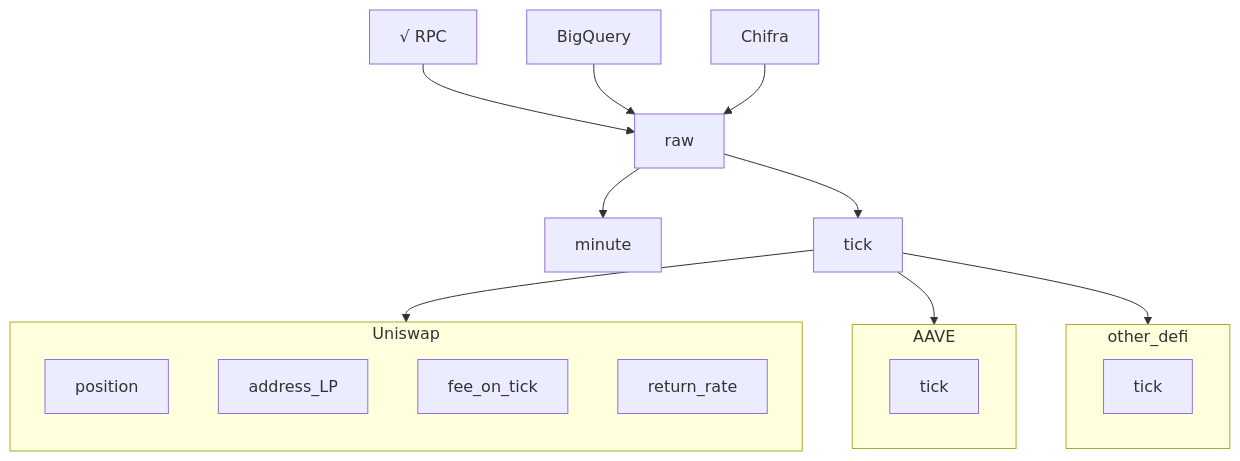
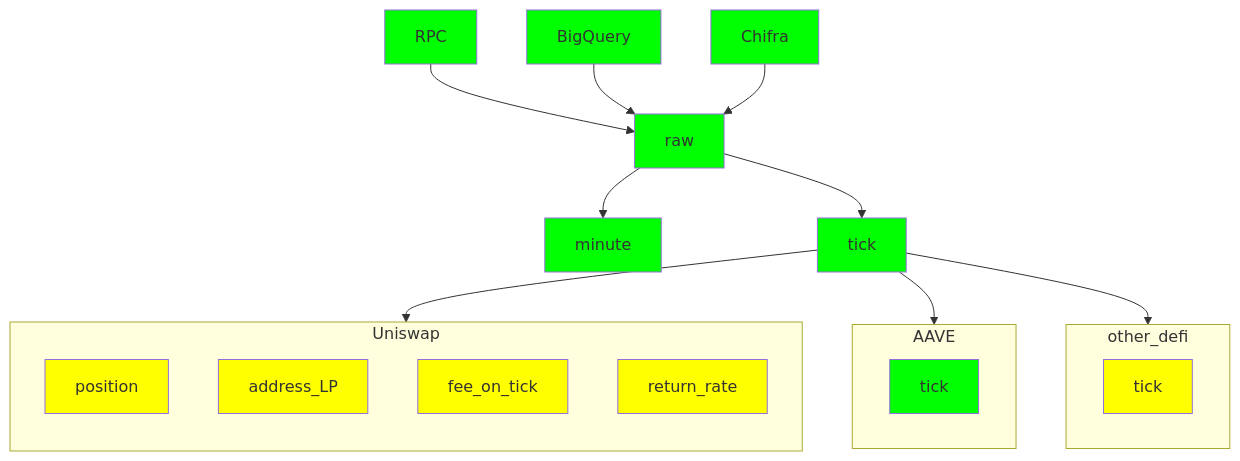
The second of 3 diagrams in README.md (zelos-alpha/demeter-fetch), drawn with Mermaid before and after one commit. The commit also changed other lines of this file, not shown here.

Commit message:
test mermaid in github

````diff
--- a/README.md
+++ b/README.md
@@ -36,24 +36,26 @@
 ```mermaid
 flowchart TB;
-   RPC[√ RPC] --> raw;
-   BigQuery --> raw;
-   Chifra --> raw;
-   raw --> minute;
-   raw --> tick;
+   RPC:::done --> raw:::done;
+   BigQuery:::done --> raw;
+   Chifra:::done --> raw;
+   raw --> minute:::done;
+   raw --> tick:::done;
    tick --> Uniswap;
    tick --> AAVE;
    tick --> other_defi;
    subgraph Uniswap;
       direction TB;
-      position;
-      address_LP;
-      fee_on_tick;
-      return_rate;
+      position:::to_do;
+      address_LP:::to_do;
+      fee_on_tick:::to_do;
+      return_rate:::to_do;
    end
    subgraph AAVE;
-      aave_tick[tick];
+      aave_tick[tick]:::done;
    end
    subgraph other_defi;
-      other_tick[tick];
+      other_tick[tick]:::to_do;
    end
+   classDef done fill:#00ff00
+   classDef to_do fill:#ffff00
 ```
````
